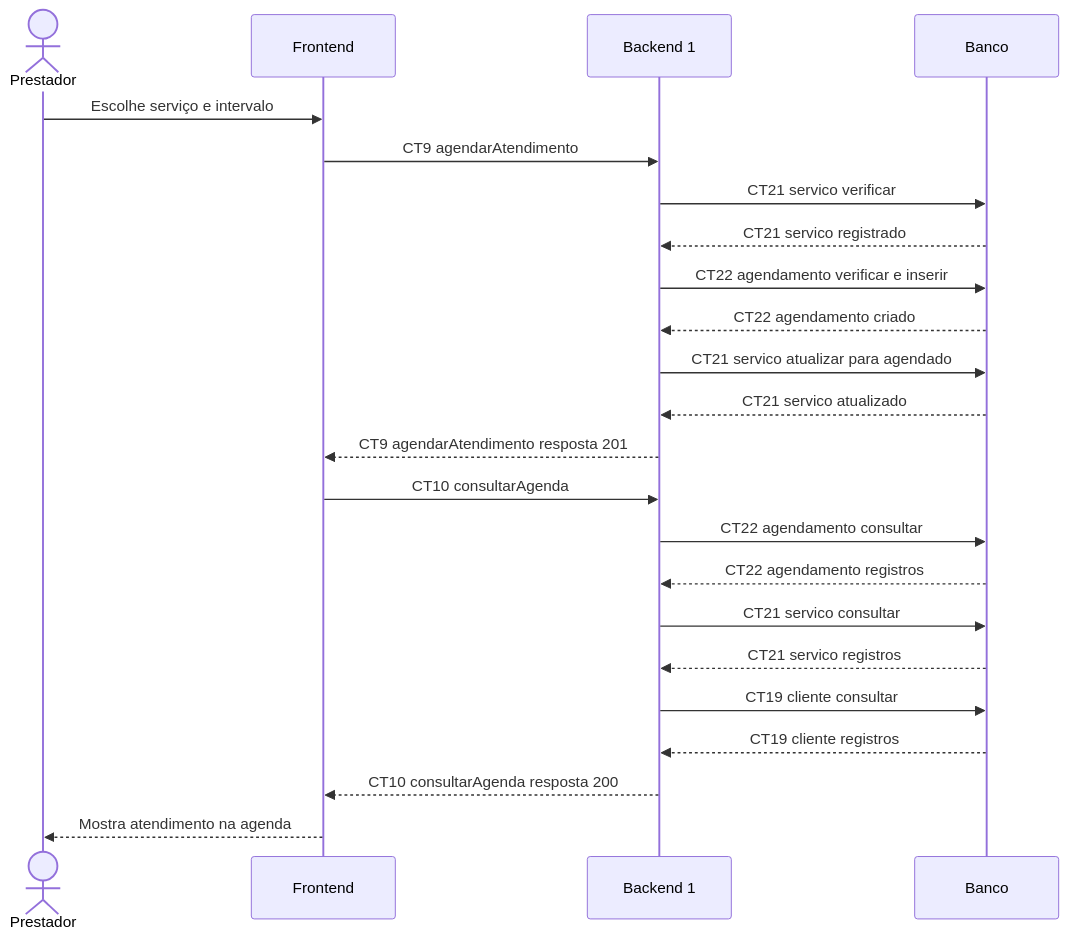
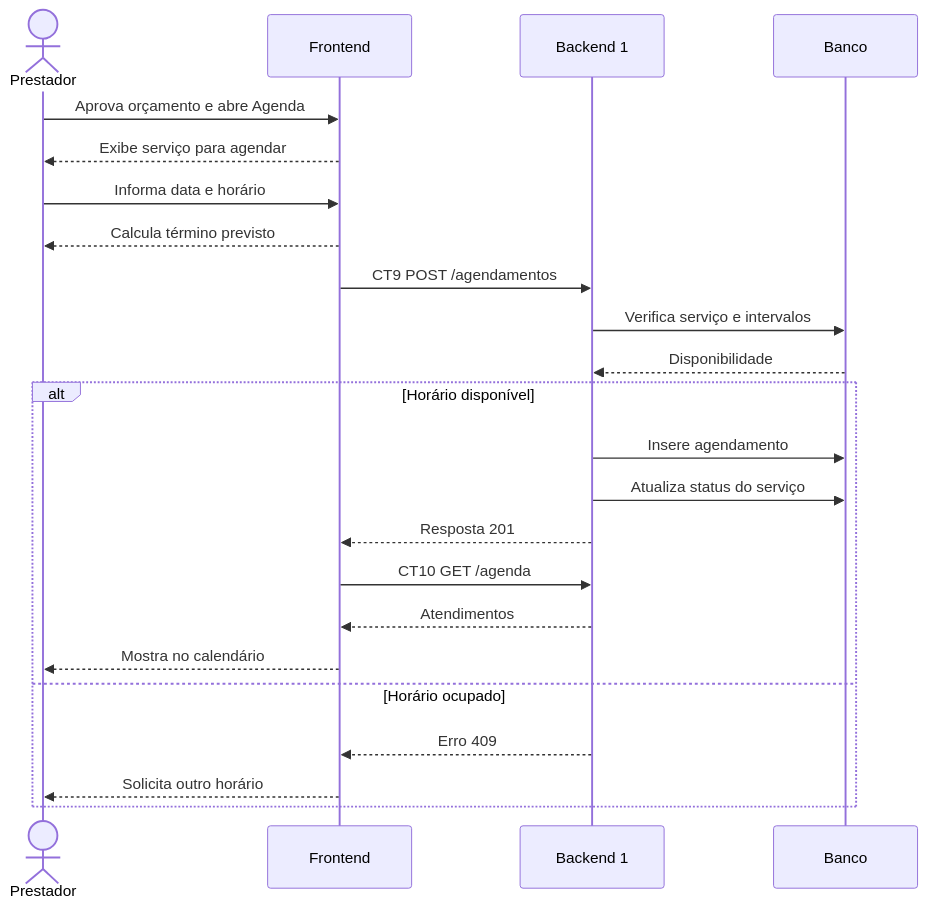
The diagram in pi4-0102-g3-frontend/docs/fluxos/E6.md (vnsete/pi4-0102-g3-frontend), drawn with Mermaid before and after one commit. The commit also changed other lines of this file, not shown here.

````diff
--- a/pi4-0102-g3-frontend/docs/fluxos/E6.md
+++ b/pi4-0102-g3-frontend/docs/fluxos/E6.md
@@ -20,25 +23,26 @@
 ```mermaid
 sequenceDiagram
     actor P as Prestador
     participant F as Frontend
     participant B1 as Backend 1
     participant DB as Banco
-    P->>F: Escolhe serviço e intervalo
-    F->>B1: CT9 agendarAtendimento
-    B1->>DB: CT21 servico verificar
-    DB-->>B1: CT21 servico registrado
-    B1->>DB: CT22 agendamento verificar e inserir
-    DB-->>B1: CT22 agendamento criado
-    B1->>DB: CT21 servico atualizar para agendado
-    DB-->>B1: CT21 servico atualizado
-    B1-->>F: CT9 agendarAtendimento resposta 201
-    F->>B1: CT10 consultarAgenda
-    B1->>DB: CT22 agendamento consultar
-    DB-->>B1: CT22 agendamento registros
-    B1->>DB: CT21 servico consultar
-    DB-->>B1: CT21 servico registros
-    B1->>DB: CT19 cliente consultar
-    DB-->>B1: CT19 cliente registros
-    B1-->>F: CT10 consultarAgenda resposta 200
-    F-->>P: Mostra atendimento na agenda
+
+    P->>F: Aprova orçamento e abre Agenda
+    F-->>P: Exibe serviço para agendar
+    P->>F: Informa data e horário
+    F-->>P: Calcula término previsto
+    F->>B1: CT9 POST /agendamentos
+    B1->>DB: Verifica serviço e intervalos
+    DB-->>B1: Disponibilidade
+    alt Horário disponível
+        B1->>DB: Insere agendamento
+        B1->>DB: Atualiza status do serviço
+        B1-->>F: Resposta 201
+        F->>B1: CT10 GET /agenda
+        B1-->>F: Atendimentos
+        F-->>P: Mostra no calendário
+    else Horário ocupado
+        B1-->>F: Erro 409
+        F-->>P: Solicita outro horário
+    end
 ```
````
